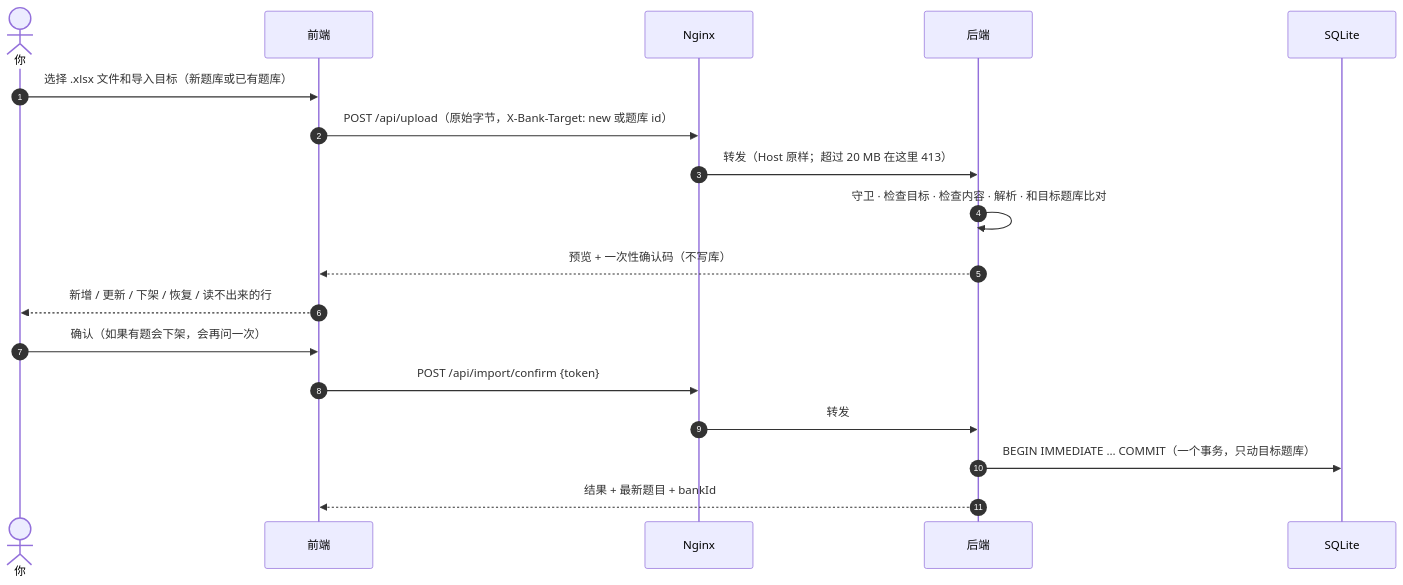
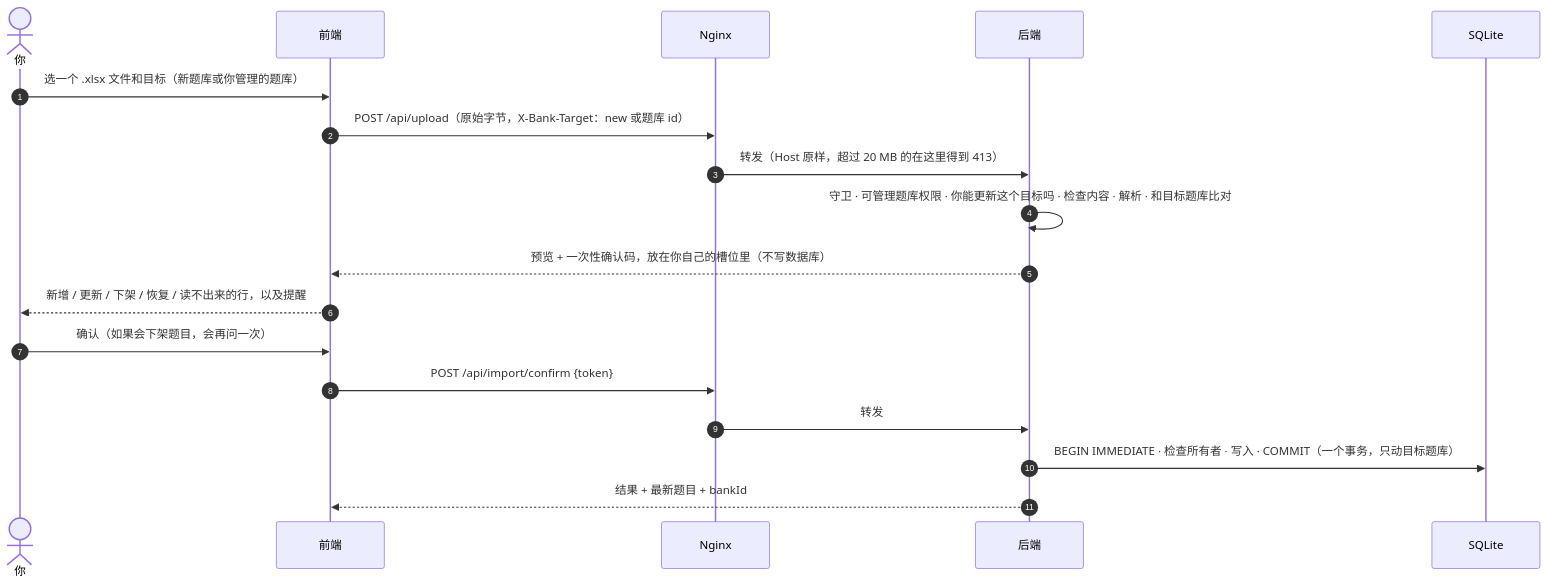
One commit to Yumin-Space/xexam changed the fifth of 5 diagrams in docs/zh-CN/architecture.md. Above: the diagram before and after it, drawn with Mermaid. The commit also changed other lines of this file and 295 other files, not shown here.

````diff
--- a/docs/zh-CN/architecture.md
+++ b/docs/zh-CN/architecture.md
@@ -204,20 +275,20 @@
 ```mermaid
 sequenceDiagram
     autonumber
-    actor You as 你
+    actor Y as 你
     participant F as 前端
     participant N as Nginx
     participant B as 后端
     participant D as SQLite
-    You->>F: 选择 .xlsx 文件和导入目标（新题库或已有题库）
-    F->>N: POST /api/upload（原始字节，X-Bank-Target: new 或题库 id）
-    N->>B: 转发（Host 原样；超过 20 MB 在这里 413）
-    B->>B: 守卫 · 检查目标 · 检查内容 · 解析 · 和目标题库比对
-    B-->>F: 预览 + 一次性确认码（不写库）
-    F-->>You: 新增 / 更新 / 下架 / 恢复 / 读不出来的行
-    You->>F: 确认（如果有题会下架，会再问一次）
+    Y->>F: 选一个 .xlsx 文件和目标（新题库或你管理的题库）
+    F->>N: POST /api/upload（原始字节，X-Bank-Target：new 或题库 id）
+    N->>B: 转发（Host 原样，超过 20 MB 的在这里得到 413）
+    B->>B: 守卫 · 可管理题库权限 · 你能更新这个目标吗 · 检查内容 · 解析 · 和目标题库比对
+    B-->>F: 预览 + 一次性确认码，放在你自己的槽位里（不写数据库）
+    F-->>Y: 新增 / 更新 / 下架 / 恢复 / 读不出来的行，以及提醒
+    Y->>F: 确认（如果会下架题目，会再问一次）
     F->>N: POST /api/import/confirm {token}
     N->>B: 转发
-    B->>D: BEGIN IMMEDIATE … COMMIT（一个事务，只动目标题库）
+    B->>D: BEGIN IMMEDIATE · 检查所有者 · 写入 · COMMIT（一个事务，只动目标题库）
     B-->>F: 结果 + 最新题目 + bankId
 ```
````
